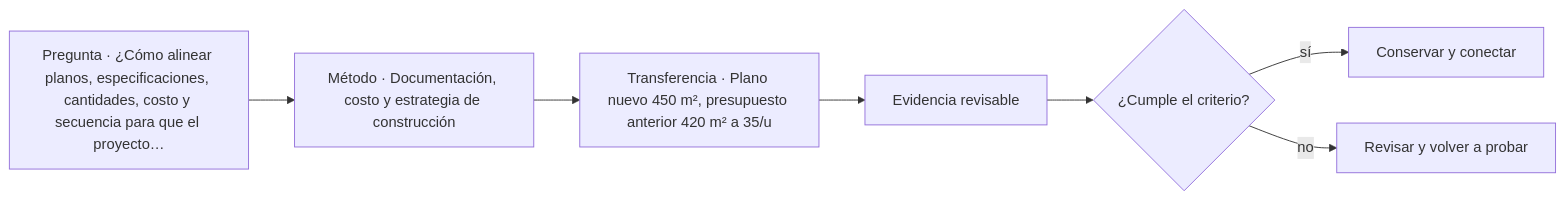
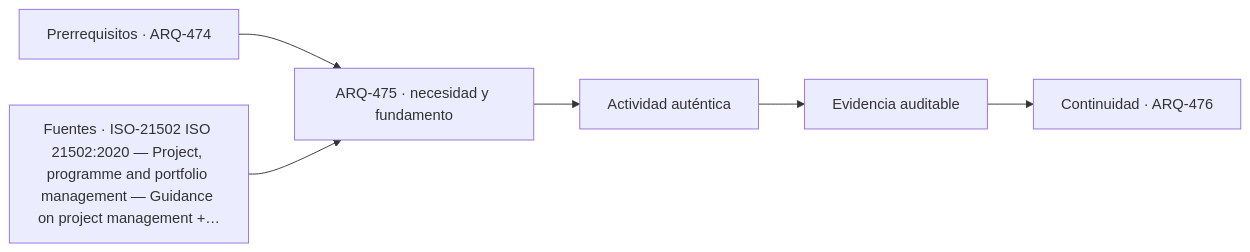
Before and after one commit to vladimiracunadev-create/architecture-built-environment-learning-program: the diagram in classes/parte-48/ARQ-475.md, drawn with Mermaid. The commit also changed other lines of this file and 761 other files, not shown here.

````diff
--- a/classes/parte-48/ARQ-475.md
+++ b/classes/parte-48/ARQ-475.md
@@ -75,9 +87,8 @@
 ```mermaid
 flowchart LR
-    Q["Pregunta · ¿Cómo alinear planos, especificaciones, cantidades, costo y secuencia para que el proyecto…"] --> M["Método · Documentación, costo y estrategia de construcción"]
-    M --> P["Transferencia · Plano nuevo 450 m², presupuesto anterior 420 m² a 35/u"]
-    P --> E["Evidencia revisable"]
-    E --> C{"¿Cumple el criterio?"}
-    C -->|sí| T["Conservar y conectar"]
-    C -->|no| R["Revisar y volver a probar"]
+    A["Prerrequisitos · ARQ-474"] --> B["ARQ-475 · necesidad y fundamento"]
+    S["Fuentes · ISO-21502 ISO 21502:2020 — Project, programme and portfolio management — Guidance on project management +…"] --> B
+    B --> C["Actividad auténtica"]
+    C --> D["Evidencia auditable"]
+    D --> E["Continuidad · ARQ-476"]
 ```
````
